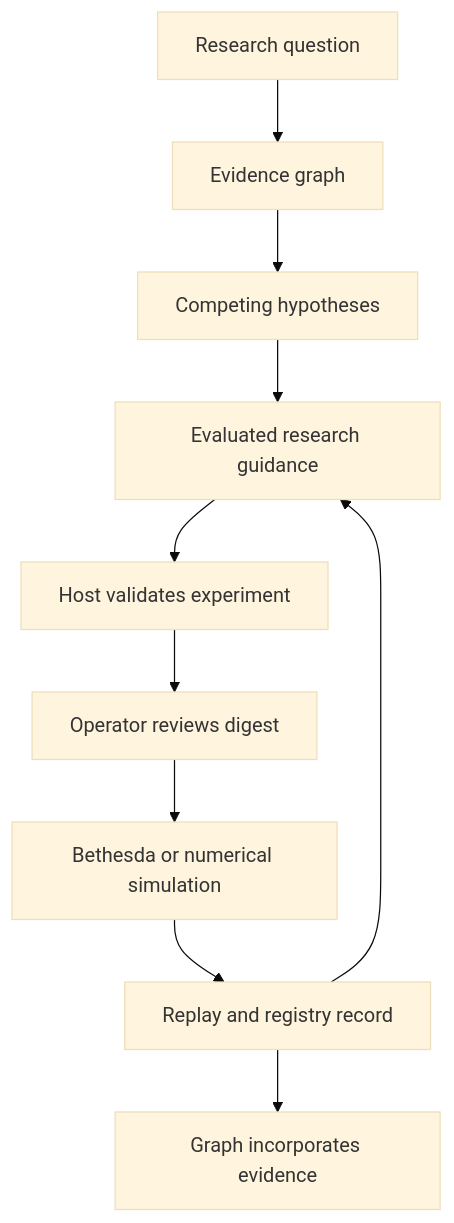
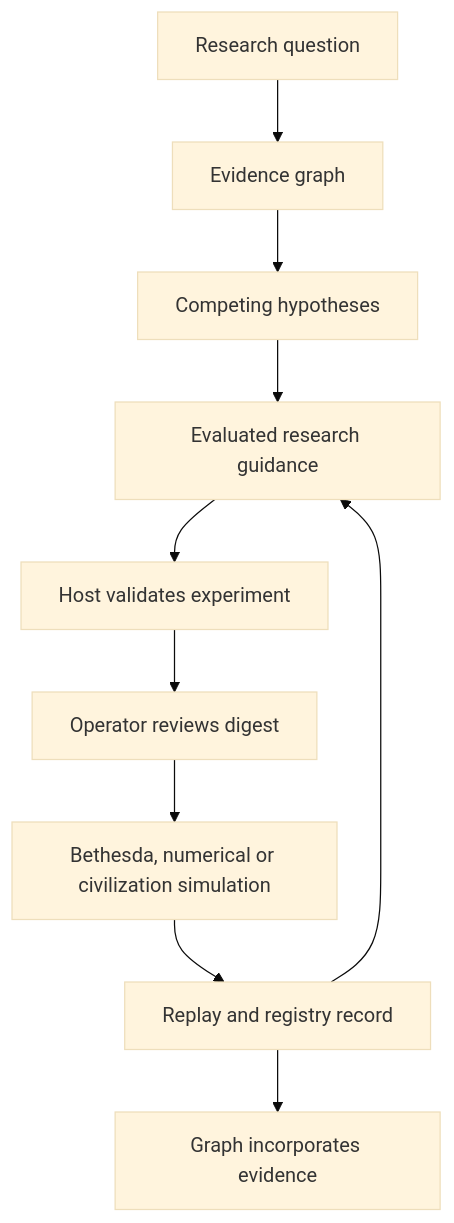
Before and after one commit to topherchris420/lop-nur-twin: the diagram in README.md, drawn with Mermaid (base theme). The commit also changed other lines of this file and 4 other files, not shown here.

````diff
--- a/README.md
+++ b/README.md
@@ -54,12 +76,12 @@
 ```mermaid
 flowchart TD
   Q[Research question] --> K[Evidence graph]
   K --> H[Competing hypotheses]
   H --> L[Evaluated research guidance]
   L --> C[Host validates experiment]
   C --> A[Operator reviews digest]
-  A --> X[Bethesda or numerical simulation]
+  A --> X[Bethesda, numerical or civilization simulation]
   X --> R[Replay and registry record]
   R --> G[Graph incorporates evidence]
   R --> L
 ```
````
